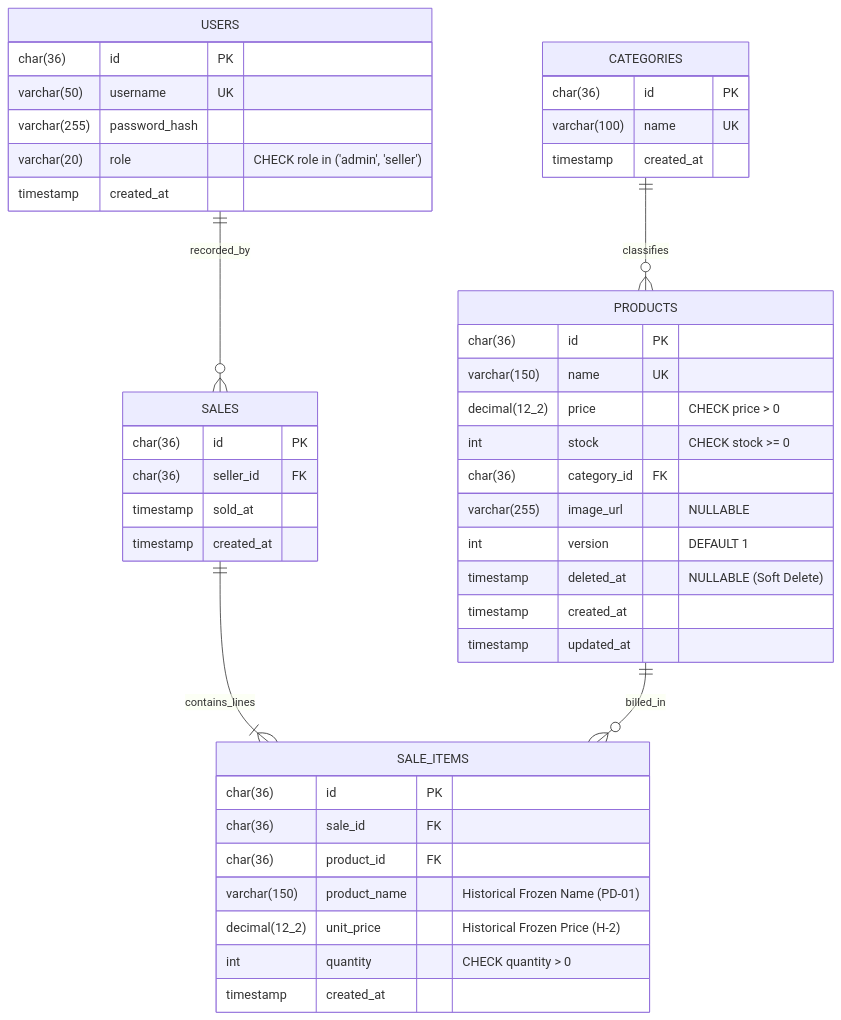
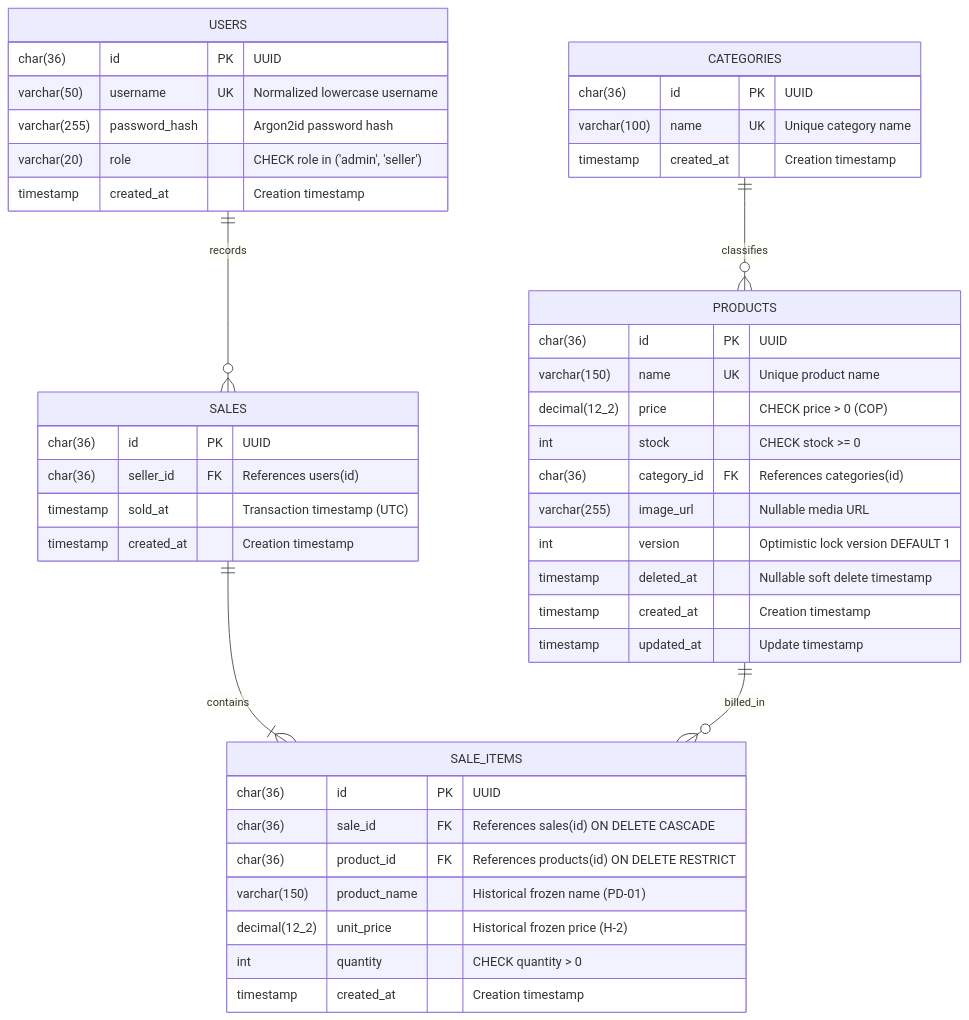
One commit to Kevin81A/test-simple-stock-flow changed the second of 3 diagrams in TECHNICAL-DELIVERY.md. Above: the diagram before and after it, drawn with Mermaid. The commit also changed other lines of this file and 9 other files, not shown here.

````diff
--- a/TECHNICAL-DELIVERY.md
+++ b/TECHNICAL-DELIVERY.md
@@ -86,51 +165,51 @@
 ```mermaid
 erDiagram
     CATEGORIES ||--o{ PRODUCTS : "classifies"
-    USERS ||--o{ SALES : "recorded_by"
-    SALES ||--|{ SALE_ITEMS : "contains_lines"
+    USERS ||--o{ SALES : "records"
+    SALES ||--|{ SALE_ITEMS : "contains"
     PRODUCTS ||--o{ SALE_ITEMS : "billed_in"
 
     CATEGORIES {
-        char(36) id PK
-        varchar(100) name UK
-        timestamp created_at
+        char(36) id PK "UUID"
+        varchar(100) name UK "Unique category name"
+        timestamp created_at "Creation timestamp"
     }
 
     USERS {
-        char(36) id PK
-        varchar(50) username UK
-        varchar(255) password_hash
+        char(36) id PK "UUID"
+        varchar(50) username UK "Normalized lowercase username"
+        varchar(255) password_hash "Argon2id password hash"
         varchar(20) role "CHECK role in ('admin', 'seller')"
-        timestamp created_at
+        timestamp created_at "Creation timestamp"
     }
 
     PRODUCTS {
-        char(36) id PK
-        varchar(150) name UK
-        decimal(12_2) price "CHECK price > 0"
+        char(36) id PK "UUID"
+        varchar(150) name UK "Unique product name"
+        decimal(12_2) price "CHECK price > 0 (COP)"
         int stock "CHECK stock >= 0"
-        char(36) category_id FK
-        varchar(255) image_url "NULLABLE"
-        int version "DEFAULT 1"
-        timestamp deleted_at "NULLABLE (Soft Delete)"
-        timestamp created_at
-        timestamp updated_at
+        char(36) category_id FK "References categories(id)"
+        varchar(255) image_url "Nullable media URL"
+        int version "Optimistic lock version DEFAULT 1"
+        timestamp deleted_at "Nullable soft delete timestamp"
+        timestamp created_at "Creation timestamp"
+        timestamp updated_at "Update timestamp"
     }
 
     SALES {
-        char(36) id PK
-        char(36) seller_id FK
-        timestamp sold_at
-        timestamp created_at
+        char(36) id PK "UUID"
+        char(36) seller_id FK "References users(id)"
+        timestamp sold_at "Transaction timestamp (UTC)"
+        timestamp created_at "Creation timestamp"
     }
 
     SALE_ITEMS {
-        char(36) id PK
-        char(36) sale_id FK
-        char(36) product_id FK
-        varchar(150) product_name "Historical Frozen Name (PD-01)"
-        decimal(12_2) unit_price "Historical Frozen Price (H-2)"
+        char(36) id PK "UUID"
+        char(36) sale_id FK "References sales(id) ON DELETE CASCADE"
+        char(36) product_id FK "References products(id) ON DELETE RESTRICT"
+        varchar(150) product_name "Historical frozen name (PD-01)"
+        decimal(12_2) unit_price "Historical frozen price (H-2)"
         int quantity "CHECK quantity > 0"
-        timestamp created_at
+        timestamp created_at "Creation timestamp"
     }
 ```
````
